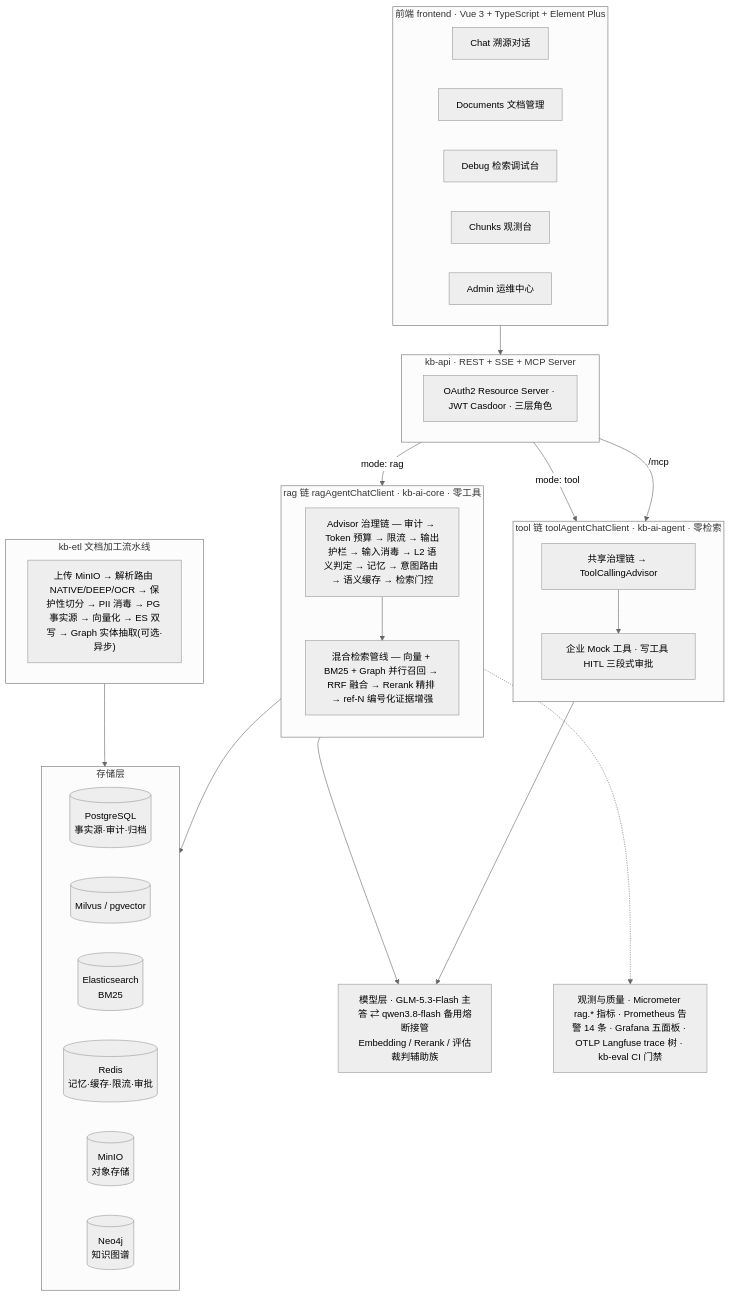
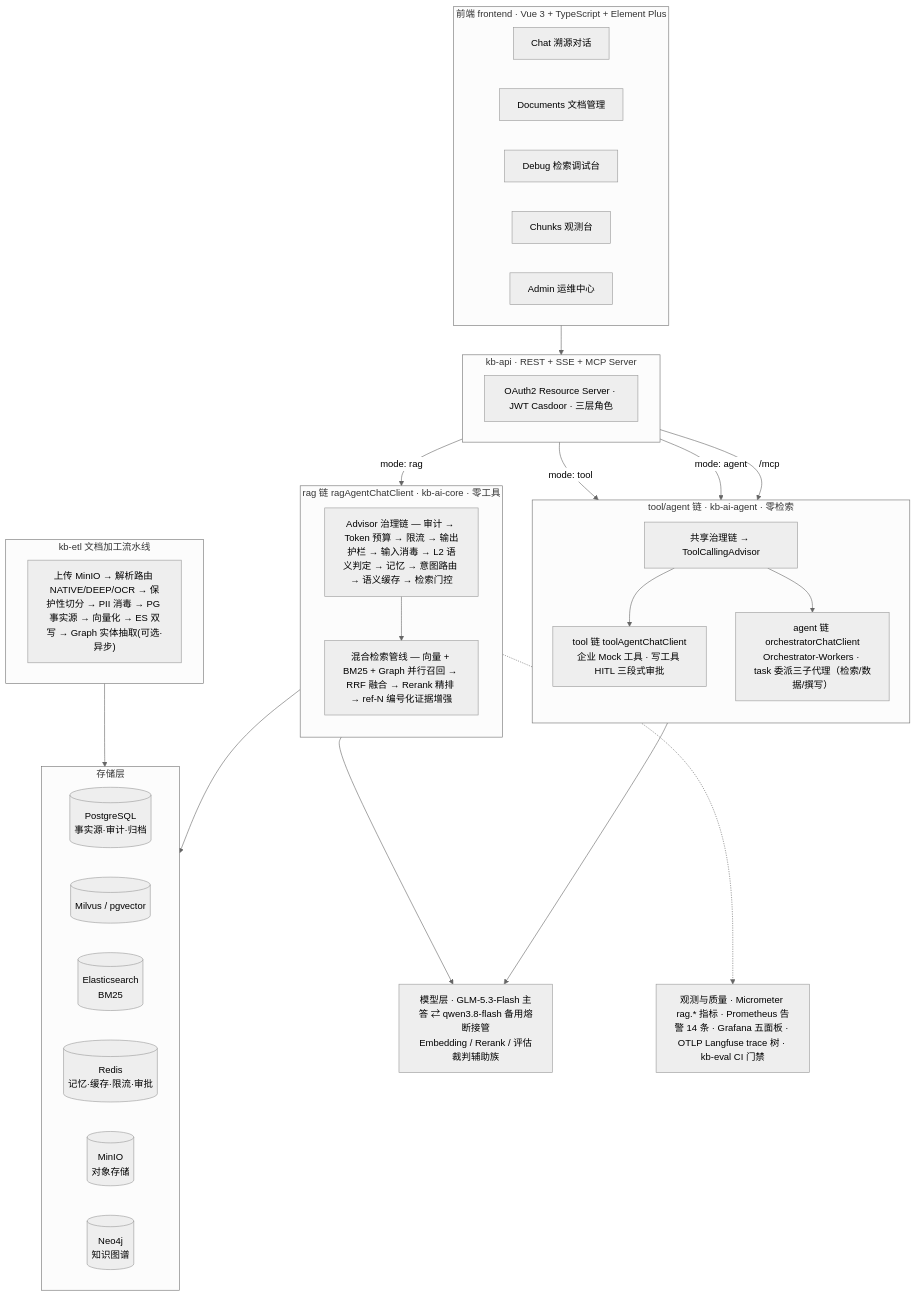
One commit to cookieforyou/corporate-knowledge-base-rag-agent changed the diagram in README.md. Above: the diagram before and after it, drawn with Mermaid (neutral theme). The commit also changed other lines of this file and 2 other files, not shown here.

````diff
--- a/README.md
+++ b/README.md
@@ -71,57 +73,60 @@
 ```mermaid
 flowchart TB
     subgraph FE["前端 frontend · Vue 3 + TypeScript + Element Plus"]
         direction LR
         UI1["Chat 溯源对话"]
         UI2["Documents 文档管理"]
         UI3["Debug 检索调试台"]
         UI4["Chunks 观测台"]
         UI5["Admin 运维中心"]
     end
 
     subgraph API["kb-api · REST + SSE + MCP Server"]
         SEC["OAuth2 Resource Server · JWT Casdoor · 三层角色"]
     end
 
     subgraph RAG["rag 链 ragAgentChatClient · kb-ai-core · 零工具"]
         direction TB
         ADV["Advisor 治理链 — 审计 → Token 预算 → 限流 → 输出护栏 → 输入消毒 → L2 语义判定 → 记忆 → 意图路由 → 语义缓存 → 检索门控"]
         PIPE["混合检索管线 — 向量 + BM25 + Graph 并行召回 → RRF 融合 → Rerank 精排 → ref-N 编号化证据增强"]
         ADV --> PIPE
     end
 
-    subgraph TOOL["tool 链 toolAgentChatClient · kb-ai-agent · 零检索"]
+    subgraph TOOL["tool/agent 链 · kb-ai-agent · 零检索"]
         direction TB
         TADV["共享治理链 → ToolCallingAdvisor"]
-        HITL["企业 Mock 工具 · 写工具 HITL 三段式审批"]
+        HITL["tool 链 toolAgentChatClient<br/>企业 Mock 工具 · 写工具 HITL 三段式审批"]
+        ORCH["agent 链 orchestratorChatClient<br/>Orchestrator-Workers · task 委派三子代理（检索/数据/撰写）"]
         TADV --> HITL
+        TADV --> ORCH
     end
 
     subgraph ETL["kb-etl 文档加工流水线"]
         EPIPE["上传 MinIO → 解析路由 NATIVE/DEEP/OCR → 保护性切分 → PII 消毒 → PG 事实源 → 向量化 → ES 双写 → Graph 实体抽取(可选·异步)"]
     end
 
     LLM["模型层 · GLM-5.3-Flash 主答 ⇄ qwen3.8-flash 备用熔断接管<br/>Embedding / Rerank / 评估裁判辅助族"]
 
     subgraph STORE["存储层"]
         direction LR
         PG[("PostgreSQL<br/>事实源·审计·归档")]
         VEC[("Milvus / pgvector")]
         ES[("Elasticsearch<br/>BM25")]
         REDIS[("Redis<br/>记忆·缓存·限流·审批")]
         MINIO[("MinIO<br/>对象存储")]
         NEO[("Neo4j<br/>知识图谱")]
     end
 
     OBS["观测与质量 · Micrometer rag.* 指标 · Prometheus 告警 14 条 · Grafana 五面板 · OTLP Langfuse trace 树 · kb-eval CI 门禁"]
 
     FE --> API
     API -->|mode: rag| RAG
     API -->|mode: tool| TOOL
+    API -->|mode: agent| TOOL
     API -->|/mcp| TOOL
     ETL --> STORE
     RAG --> STORE
     RAG --> LLM
     TOOL --> LLM
     RAG -.-> OBS
 ```
````
